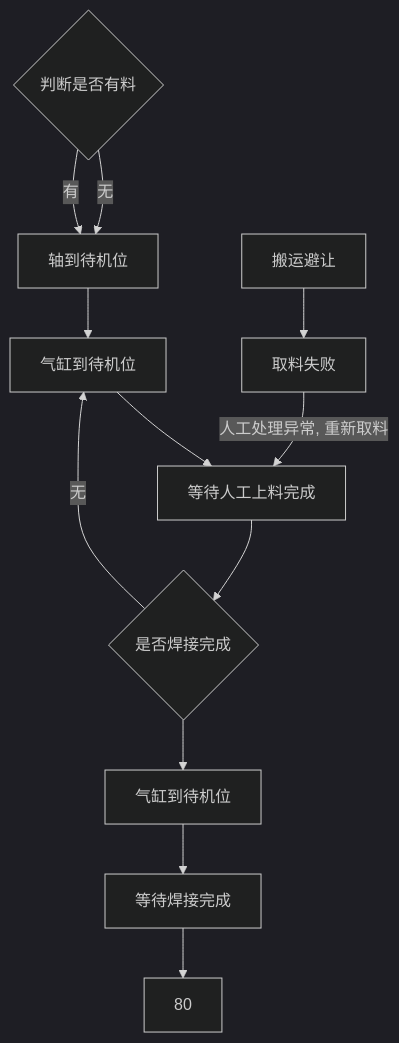
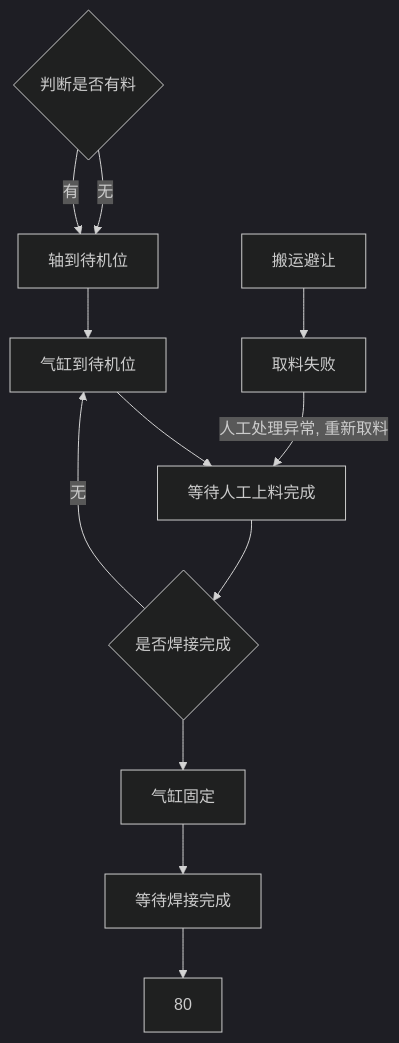
Before and after one commit to PengKun1/iodraw-files: the diagram in all/OP10 上料工位自动流程.md, drawn with Mermaid (dark theme).

Commit message:
2024-08-02 11:00:06 update

````diff
--- a/all/OP10 上料工位自动流程.md
+++ b/all/OP10 上料工位自动流程.md
@@ -1,20 +1,20 @@
 ```mermaid
 graph TD
 10{判断是否有料}-->|无|20
 10-->|有|20
 20[轴到待机位]-->30
 30[气缸到待机位]-->40
 40[等待人工上料完成]-->50
-60[气缸到待机位]-->70
+60[气缸固定]-->70
 50[轴到焊接位]-->60
 
 70[等待焊接完成]-->80
 
 50{是否焊接完成}-->|无|30
 
 
 
 90[搬运避让]-->900
 
 900[取料失败]-->|人工处理异常, 重新取料|40
 ```
````
